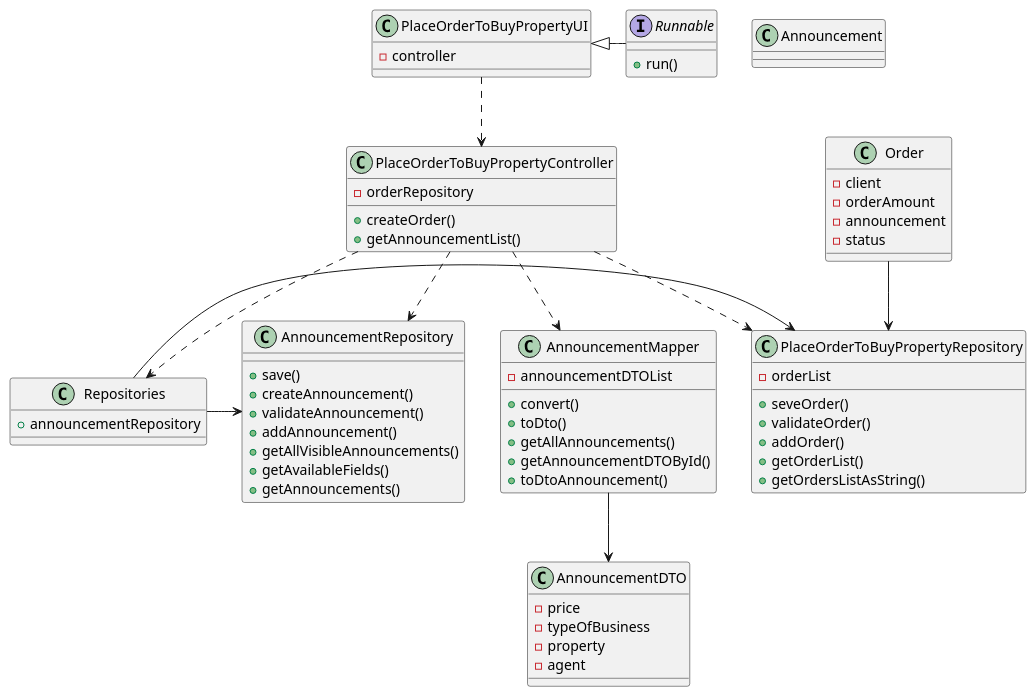
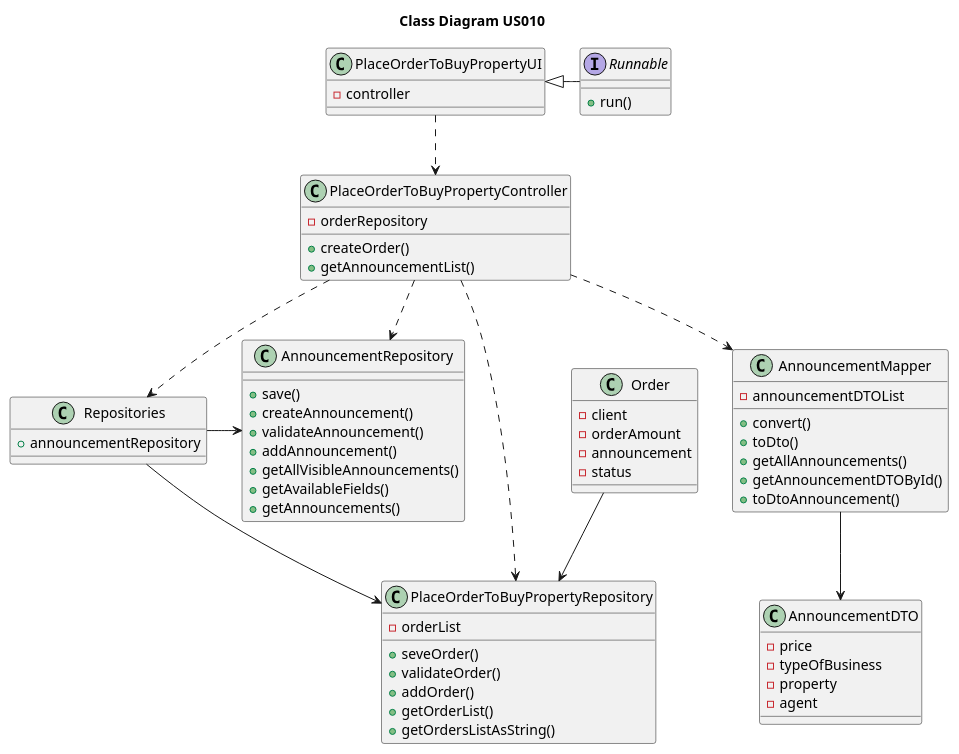
The diagram in docs/sprintD/US010/03.design/puml/CD.puml (tiagohcorreia/LAPR2), drawn with PlantUML before and after one commit. The commit also changed 9 other files, not shown here.

Commit message:
[US010] System sequence diagram updated. Sequence diagram updated. Class diagram updated. Tests added

```diff
--- a/docs/sprintD/US010/03.design/puml/CD.puml
+++ b/docs/sprintD/US010/03.design/puml/CD.puml
@@ -1,89 +1,86 @@
 @startuml
+
+title Class Diagram US010
 
 interface Runnable {
 
     + run()
 }
 
 class PlaceOrderToBuyPropertyUI {
 
     - controller
 }
 
 class PlaceOrderToBuyPropertyController {
 
     - orderRepository
     + createOrder()
     + getAnnouncementList()
 }
 
 class Order {
 
     - client
     - orderAmount
     - announcement
     - status
 }
 
 class PlaceOrderToBuyPropertyRepository {
 
     - orderList
     + seveOrder()
     + validateOrder()
     + addOrder()
     + getOrderList()
     + getOrdersListAsString()
 }
 
 class AnnouncementRepository {
 
     + save()
     + createAnnouncement()
     + validateAnnouncement()
     + addAnnouncement()
     + getAllVisibleAnnouncements()
     + getAvailableFields()
     + getAnnouncements()
 }
 
 class AnnouncementDTO {
 
     - price
     - typeOfBusiness
     - property
     - agent
 }
 
 class AnnouncementMapper {
 
     - announcementDTOList
     + convert()
     + toDto()
     + getAllAnnouncements()
     + getAnnouncementDTOById()
     + toDtoAnnouncement()
 }
 
 class Repositories {
 
     + announcementRepository
 }
 
-class Announcement {
-
-}
-
-
 
 Runnable -left-|> PlaceOrderToBuyPropertyUI
 PlaceOrderToBuyPropertyUI ..> PlaceOrderToBuyPropertyController
 PlaceOrderToBuyPropertyController ..> Repositories
 PlaceOrderToBuyPropertyController ..> AnnouncementRepository
 Repositories -> AnnouncementRepository
-Repositories -> PlaceOrderToBuyPropertyRepository
+Repositories --> PlaceOrderToBuyPropertyRepository
 PlaceOrderToBuyPropertyController ..> AnnouncementMapper
 PlaceOrderToBuyPropertyController ..> PlaceOrderToBuyPropertyRepository
 AnnouncementMapper --> AnnouncementDTO
 Order --> PlaceOrderToBuyPropertyRepository
 
 @enduml
```
